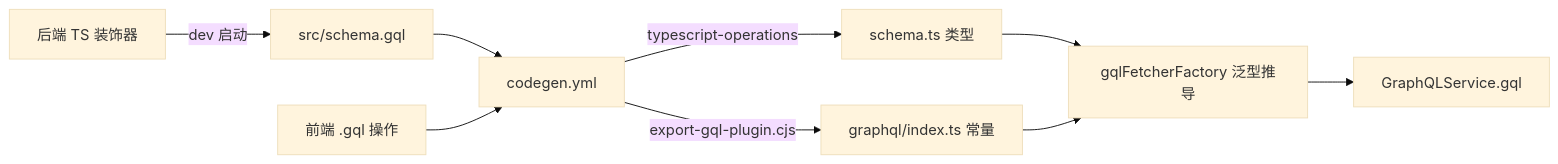
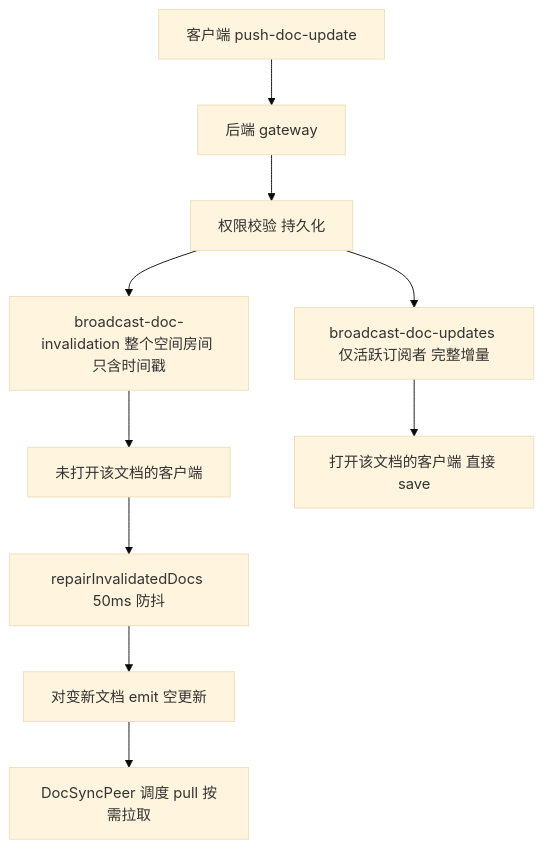
One commit to lfire/AFFiNE changed the fifth of 7 diagrams in learning-guide/slides/decks/23.md. Above: the diagram before and after it, drawn with Mermaid (base theme). The commit also changed other lines of this file and 73 other files, not shown here.

````diff
--- a/learning-guide/slides/decks/23.md
+++ b/learning-guide/slides/decks/23.md
@@ -143,11 +445,12 @@
 ```mermaid
-flowchart LR
-  A["后端 TS 装饰器"] -->|"dev 启动"| B["src/schema.gql"]
-  B --> C["codegen.yml"]
-  D["前端 .gql 操作"] --> C
-  C -->|"typescript-operations"| E["schema.ts 类型"]
-  C -->|"export-gql-plugin.cjs"| F["graphql/index.ts 常量"]
-  E --> G["gqlFetcherFactory 泛型推导"]
-  F --> G
-  G --> H["GraphQLService.gql"]
+flowchart TB
+  S["客户端 push-doc-update"] --> GW["后端 gateway"]
+  GW --> V["权限校验 持久化"]
+  V --> B1["broadcast-doc-invalidation 整个空间房间 只含时间戳"]
+  V --> B2["broadcast-doc-updates 仅活跃订阅者 完整增量"]
+  B1 --> C1["未打开该文档的客户端"]
+  C1 --> R["repairInvalidatedDocs 50ms 防抖"]
+  R --> E["对变新文档 emit 空更新"]
+  E --> P["DocSyncPeer 调度 pull 按需拉取"]
+  B2 --> C2["打开该文档的客户端 直接 save"]
 ```
````
